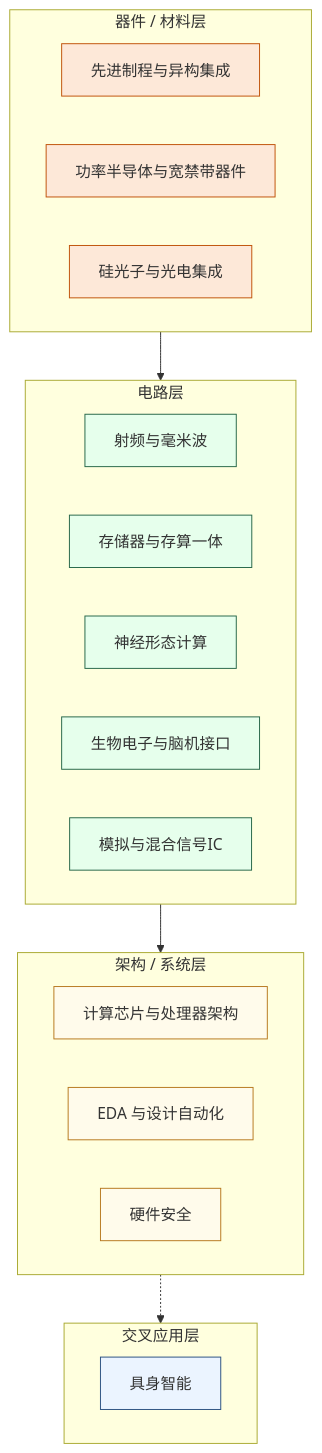
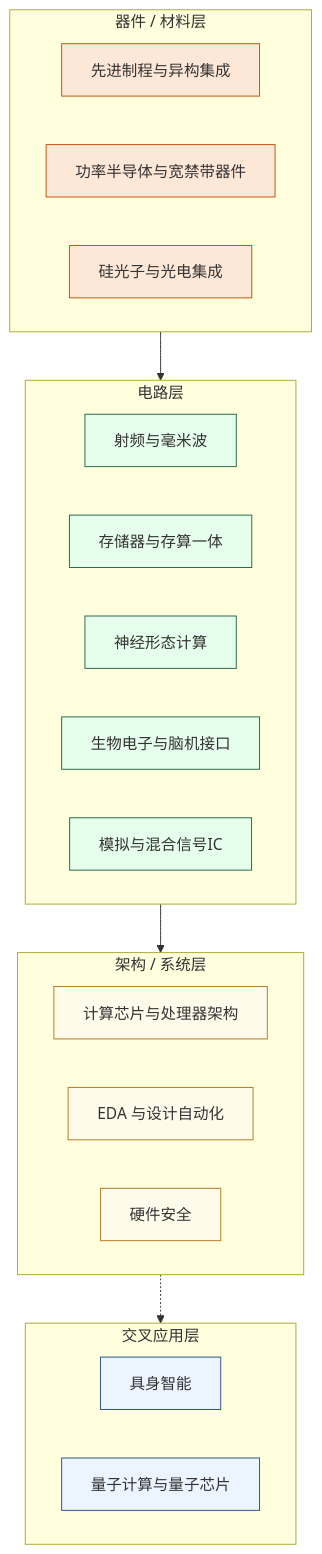
The diagram in docs/科研方向/index.md (Crys-Chen/ic-guide), drawn with Mermaid before and after one commit. The commit also changed other lines of this file and 2 other files, not shown here.

First line of the commit message:
feat: add 量子计算与量子芯片 direction + professor cards

````diff
--- a/docs/科研方向/index.md
+++ b/docs/科研方向/index.md
@@ -15,42 +15,43 @@
 ```mermaid
 graph TB
     subgraph L1["器件 / 材料层"]
         direction LR
         A1["先进制程与异构集成"]
         A2["功率半导体与宽禁带器件"]
         A3["硅光子与光电集成"]
     end
 
     subgraph L2["电路层"]
         direction LR
         B1["射频与毫米波"]
         B2["存储器与存算一体"]
         B3["神经形态计算"]
         B4["生物电子与脑机接口"]
         B5["模拟与混合信号IC"]
     end
 
     subgraph L3["架构 / 系统层"]
         direction LR
         C1["计算芯片与处理器架构"]
         C2["EDA 与设计自动化"]
         C3["硬件安全"]
     end
 
     subgraph L4["交叉应用层"]
         D1["具身智能"]
+        D2["量子计算与量子芯片"]
     end
 
     L1 --> L2 --> L3
     L3 -.-> L4
 
     classDef device  fill:#FDE8D8,stroke:#C0530A
     classDef circuit fill:#E6FFEC,stroke:#276749
     classDef arch    fill:#FFFBEB,stroke:#B7791F
     classDef cross   fill:#EBF4FF,stroke:#2C5282
 
     class A1,A2,A3 device
     class B1,B2,B3,B4,B5 circuit
     class C1,C2,C3 arch
-    class D1 cross
+    class D1,D2 cross
 ```
````
